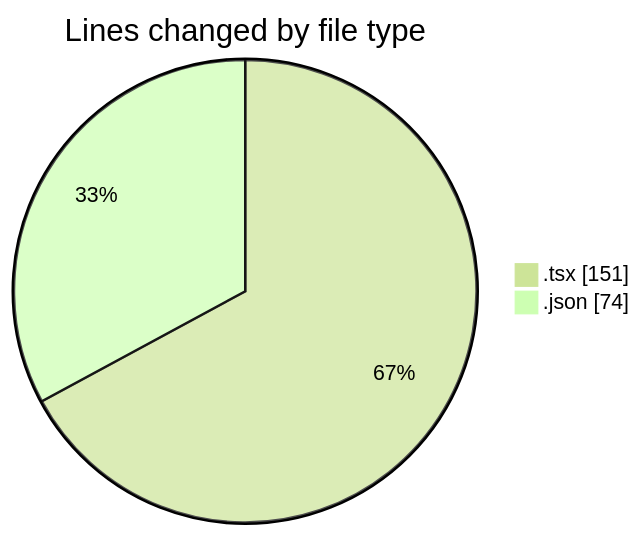
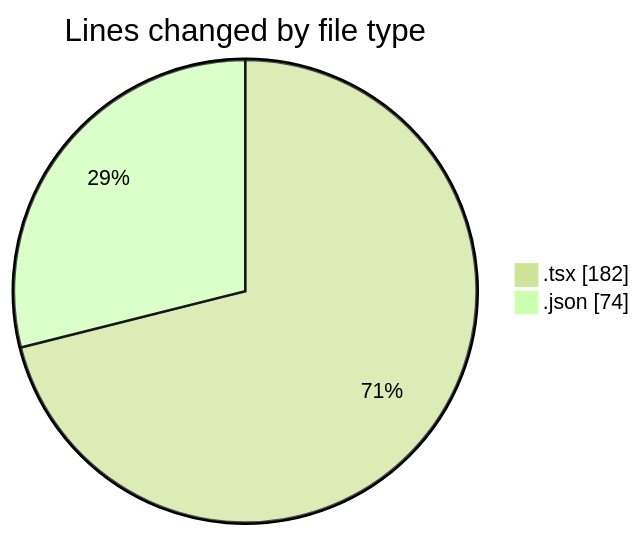
Before and after one commit to momahboobian/code-tracking: the first of 2 diagrams in 2025-04-08/cda/README.md, drawn with Mermaid (forest theme). The commit also changed other lines of this file and 1 other file, not shown here.

````diff
--- a/2025-04-08/cda/README.md
+++ b/2025-04-08/cda/README.md
@@ -21,6 +21,6 @@
 ```mermaid
 pie showData
 title Lines changed by file type
-".tsx" : 151
+".tsx" : 182
 ".json" : 74
 ```
````
